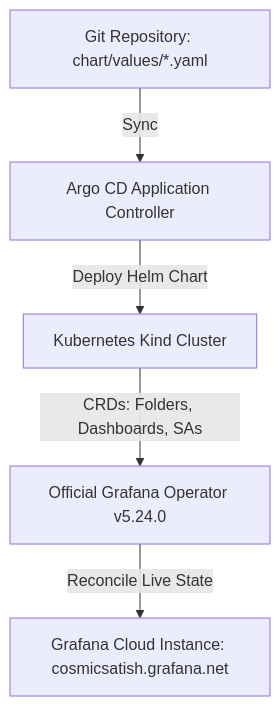
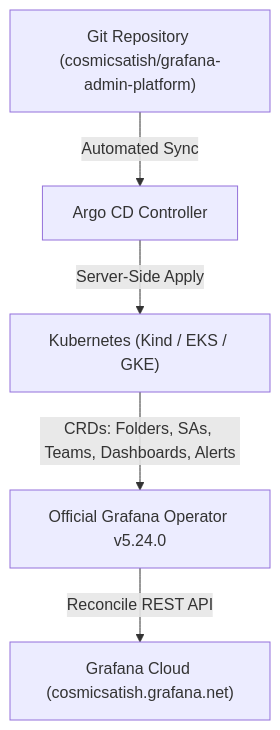
The diagram in README.md (cosmicsatish/grafana-admin-platform), drawn with Mermaid before and after one commit. The commit also changed other lines of this file and 11 other files, not shown here.

Commit message:
chore: remove alerts and dashboards folders while preserving templates, tidy repository and update README

````diff
--- a/README.md
+++ b/README.md
@@ -9,7 +9,7 @@
 ```mermaid
 graph TD
-    Git[Git Repository: chart/values/*.yaml] -->|Sync| ArgoCD[Argo CD Application Controller]
-    ArgoCD -->|Deploy Helm Chart| Cluster[Kubernetes Kind Cluster]
-    Cluster -->|CRDs: Folders, Dashboards, SAs| Operator[Official Grafana Operator v5.24.0]
-    Operator -->|Reconcile Live State| GrafanaCloud[Grafana Cloud Instance: cosmicsatish.grafana.net]
+    Git["Git Repository (cosmicsatish/grafana-admin-platform)"] -->|Automated Sync| ArgoCD["Argo CD Controller"]
+    ArgoCD -->|Server-Side Apply| Cluster["Kubernetes (Kind / EKS / GKE)"]
+    Cluster -->|CRDs: Folders, SAs, Teams, Dashboards, Alerts| Operator["Official Grafana Operator v5.24.0"]
+    Operator -->|Reconcile REST API| GrafanaCloud["Grafana Cloud (cosmicsatish.grafana.net)"]
 ```
````
